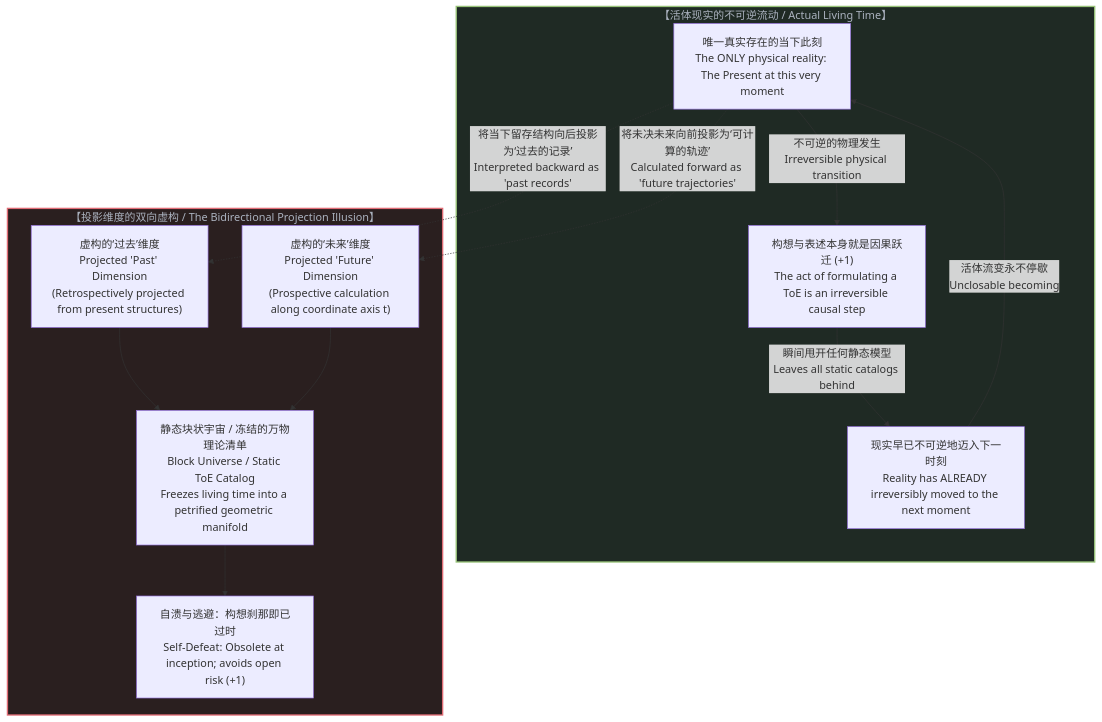
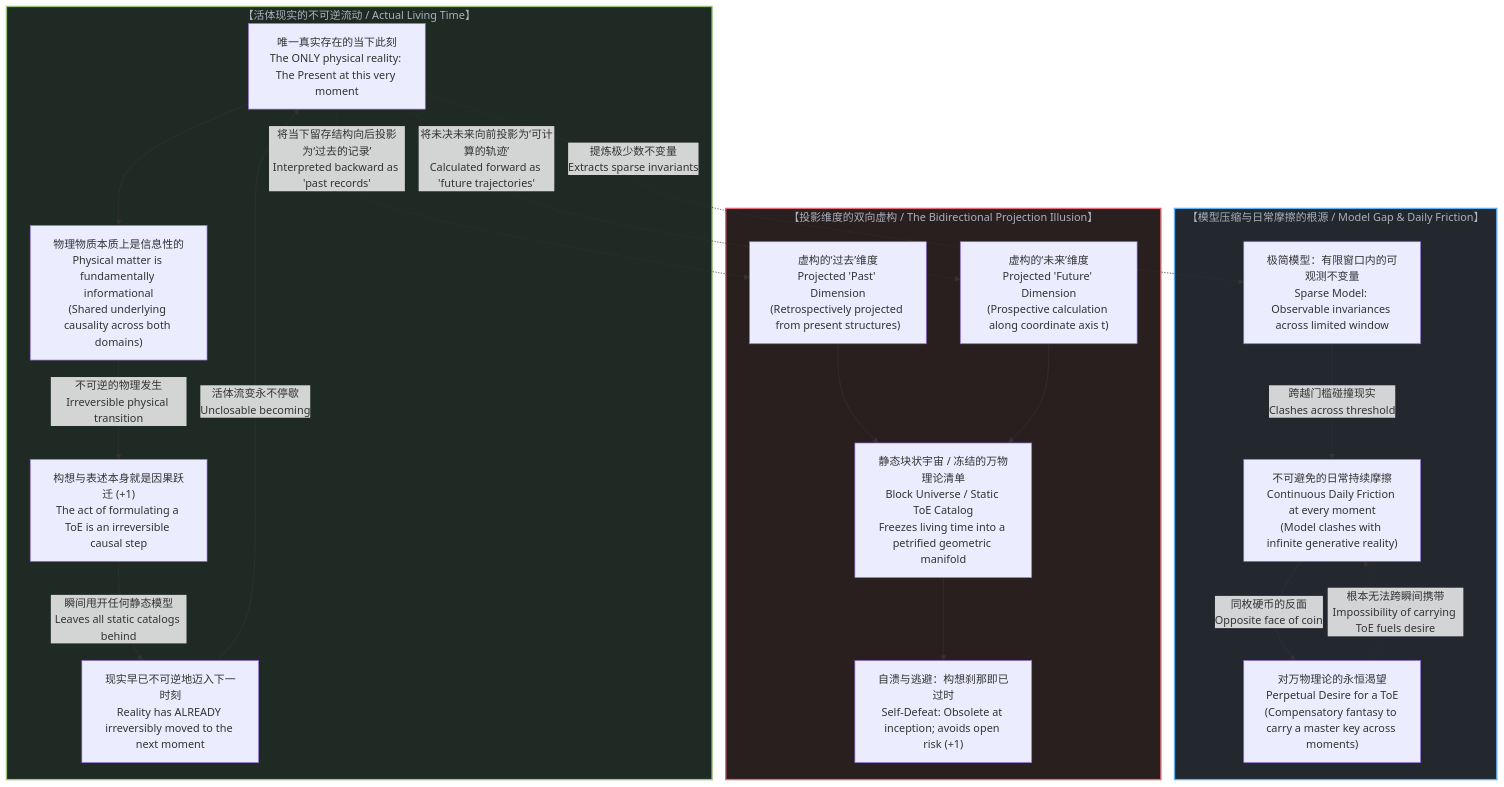
Before and after one commit to powerpig99/not-a-toe: the diagram in content/posts/demanding-a-toe-freezes-time-into-a-catalog.md, drawn with Mermaid. The commit also changed other lines of this file and 3 other files, not shown here.

First line of the commit message:
Integrate daily friction and ToE desire as two sides of the same coin

````diff
--- a/content/posts/demanding-a-toe-freezes-time-into-a-catalog.md
+++ b/content/posts/demanding-a-toe-freezes-time-into-a-catalog.md
@@ -347,28 +466,42 @@
 ```mermaid
 graph TD
     subgraph ActualTime["【活体现实的不可逆流动 / Actual Living Time】"]
         Now["唯一真实存在的当下此刻<br>The ONLY physical reality: The Present at this very moment"]
+        MatterInfo["物理物质本质上是信息性的<br>Physical matter is fundamentally informational<br>(Shared underlying causality across both domains)"]
         Act["构想与表述本身就是因果跃迁 (+1)<br>The act of formulating a ToE is an irreversible causal step"]
         Next["现实早已不可逆地迈入下一时刻<br>Reality has ALREADY irreversibly moved to the next moment"]
         
-        Now -->|"不可逆的物理发生<br>Irreversible physical transition"| Act
+        Now --> MatterInfo
+        MatterInfo -->|"不可逆的物理发生<br>Irreversible physical transition"| Act
         Act -->|"瞬间甩开任何静态模型<br>Leaves all static catalogs behind"| Next
         Next -->|"活体流变永不停歇<br>Unclosable becoming"| Now
+    end
+
+    subgraph ModelGap["【模型压缩与日常摩擦的根源 / Model Gap & Daily Friction】"]
+        Inv["极简模型：有限窗口内的可观测不变量<br>Sparse Model: Observable invariances across limited window"]
+        Friction["不可避免的日常持续摩擦<br>Continuous Daily Friction at every moment<br>(Model clashes with infinite generative reality)"]
+        Desire["对万物理论的永恒渴望<br>Perpetual Desire for a ToE<br>(Compensatory fantasy to carry a master key across moments)"]
+        
+        Inv -->|"跨越门槛碰撞现实<br>Clashes across threshold"| Friction
+        Friction -->|"同枚硬币的反面<br>Opposite face of coin"| Desire
+        Desire -. "根本无法跨瞬间携带<br>Impossibility of carrying ToE fuels desire" .-> Friction
     end
 
     subgraph DimensionIllusion["【投影维度的双向虚构 / The Bidirectional Projection Illusion】"]
         P_Past["虚构的‘过去’维度<br>Projected 'Past' Dimension<br>(Retrospectively projected from present structures)"]
         P_Future["虚构的‘未来’维度<br>Projected 'Future' Dimension<br>(Prospective calculation along coordinate axis t)"]
         
         P_Block["静态块状宇宙 / 冻结的万物理论清单<br>Block Universe / Static ToE Catalog<br>Freezes living time into a petrified geometric manifold"]
         P_Past --> P_Block
         P_Future --> P_Block
         P_Block --> P_Paralysis["自溃与逃避：构想刹那即已过时<br>Self-Defeat: Obsolete at inception; avoids open risk (+1)"]
     end
 
+    Now -. "提炼极少数不变量<br>Extracts sparse invariants" .-> Inv
     Now -. "将当下留存结构向后投影为‘过去的记录’<br>Interpreted backward as 'past records'" .-> P_Past
     Now -. "将未决未来向前投影为‘可计算的轨迹’<br>Calculated forward as 'future trajectories'" .-> P_Future
 
     style ActualTime fill:#1f2a24,stroke:#98c379,stroke-width:2px,color:#abb2bf
+    style ModelGap fill:#23272e,stroke:#61afef,stroke-width:2px,color:#abb2bf
     style DimensionIllusion fill:#2a1f1f,stroke:#e06c75,stroke-width:2px,color:#abb2bf
 ```
````
